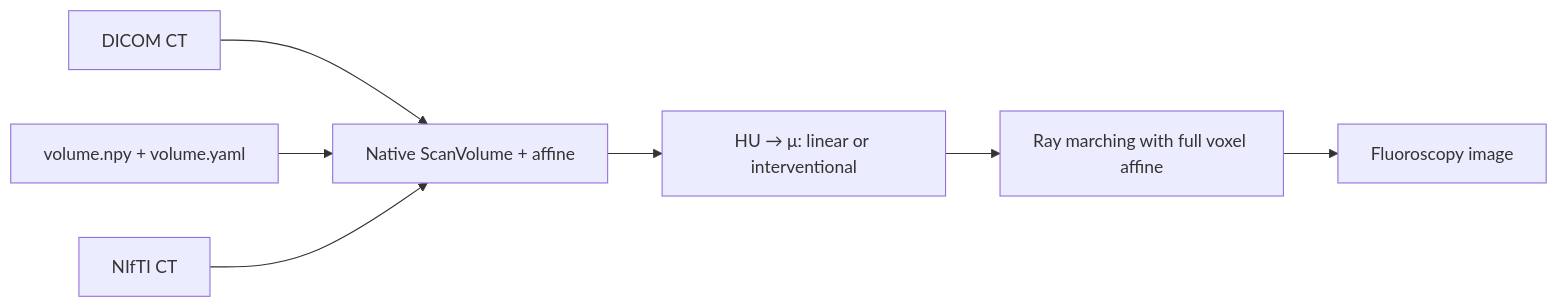
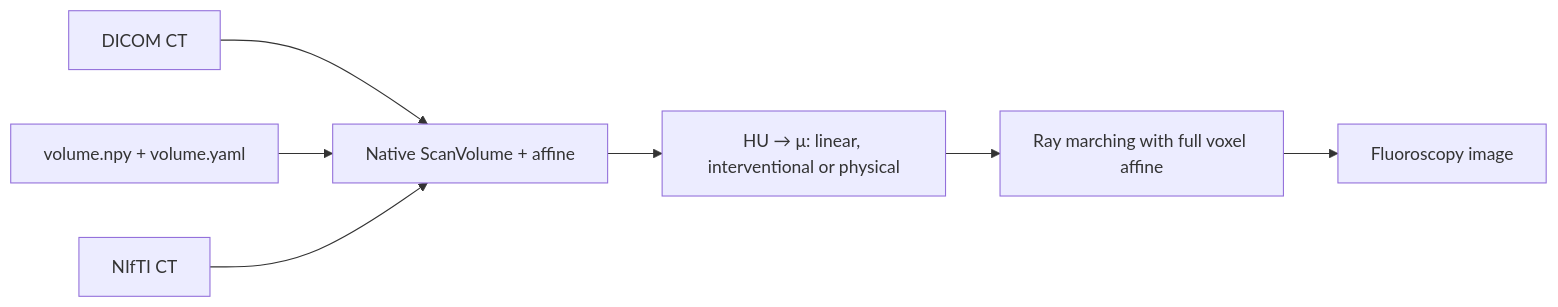
Before and after one commit to isaac-for-healthcare/i4h-sensor-simulation: the diagram in xray-simulator/README.md, drawn with Mermaid. The commit also changed other lines of this file and 4 other files, not shown here.

````diff
--- a/xray-simulator/README.md
+++ b/xray-simulator/README.md
@@ -11,8 +11,8 @@
 ```mermaid
 flowchart LR
     D["DICOM CT"] --> S["Native ScanVolume + affine"]
     A["volume.npy + volume.yaml"] --> S
     N["NIfTI CT"] --> S
-    S --> M["HU → μ: linear or interventional"]
+    S --> M["HU → μ: linear, interventional or physical"]
     M --> R["Ray marching with full voxel affine"] --> F["Fluoroscopy image"]
 ```
````
